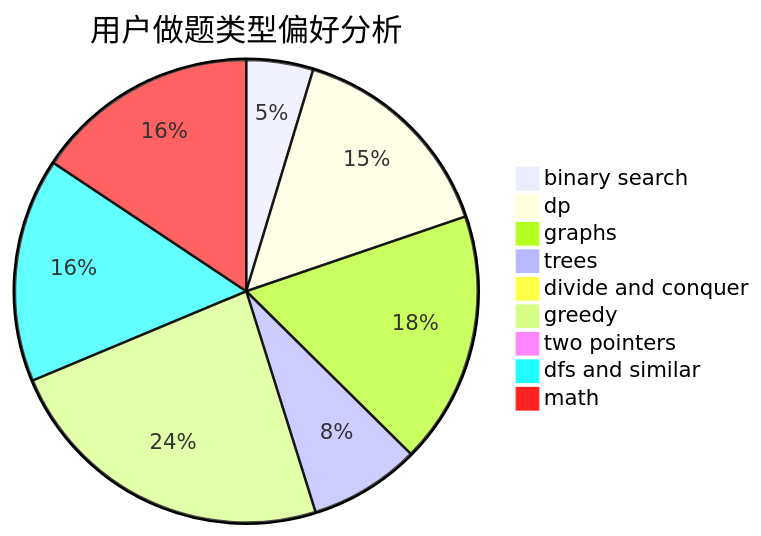
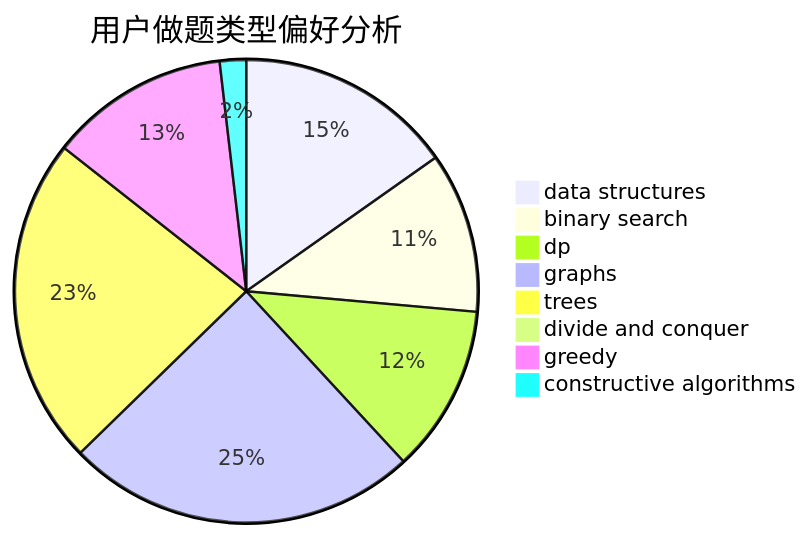
One commit to sherpahu/cfrs.github.io changed the second of 3 diagrams in docs/user/u439.md. Above: the diagram before and after it, drawn with Mermaid. The commit also changed other lines of this file and 2775 other files, not shown here.

````diff
--- a/docs/user/u439.md
+++ b/docs/user/u439.md
@@ -23,12 +23,11 @@
 ```mermaid
 pie title 用户做题类型偏好分析
-    "binary search" :  94
-    "dp" :  304
-    "graphs" :  355
-    "trees" :  156
+    "data structures" :  91
+    "binary search" :  67
+    "dp" :  70
+    "graphs" :  147
+    "trees" :  137
     "divide and conquer" :  0
-    "greedy" :  474
-    "two pointers" :  0
-    "dfs and similar" :  315
-    "math" :  315
+    "greedy" :  75
+    "constructive algorithms" :  11
 ```
````
